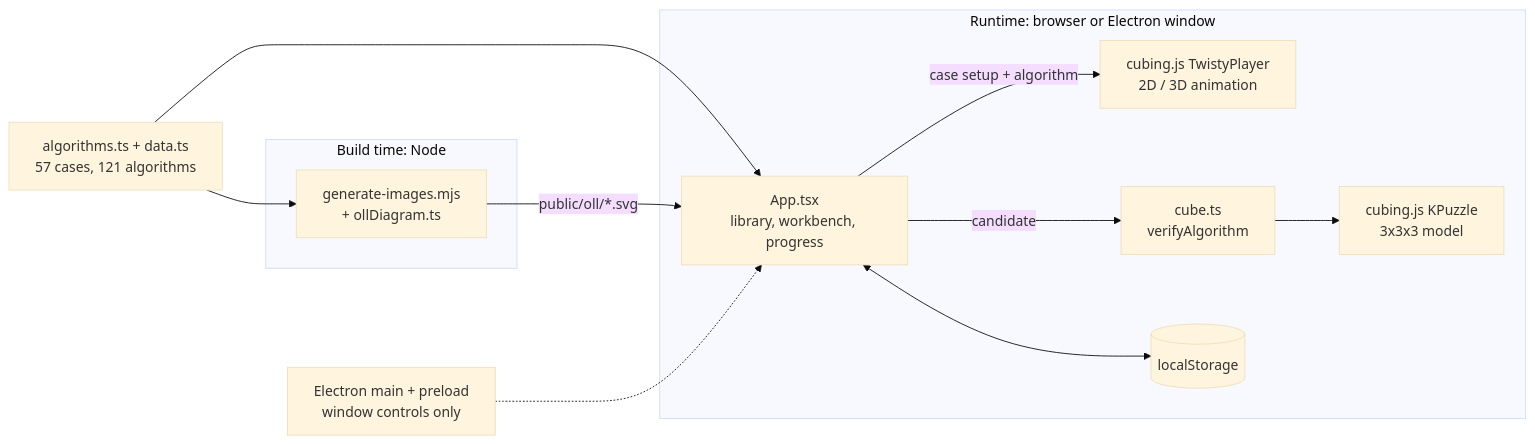
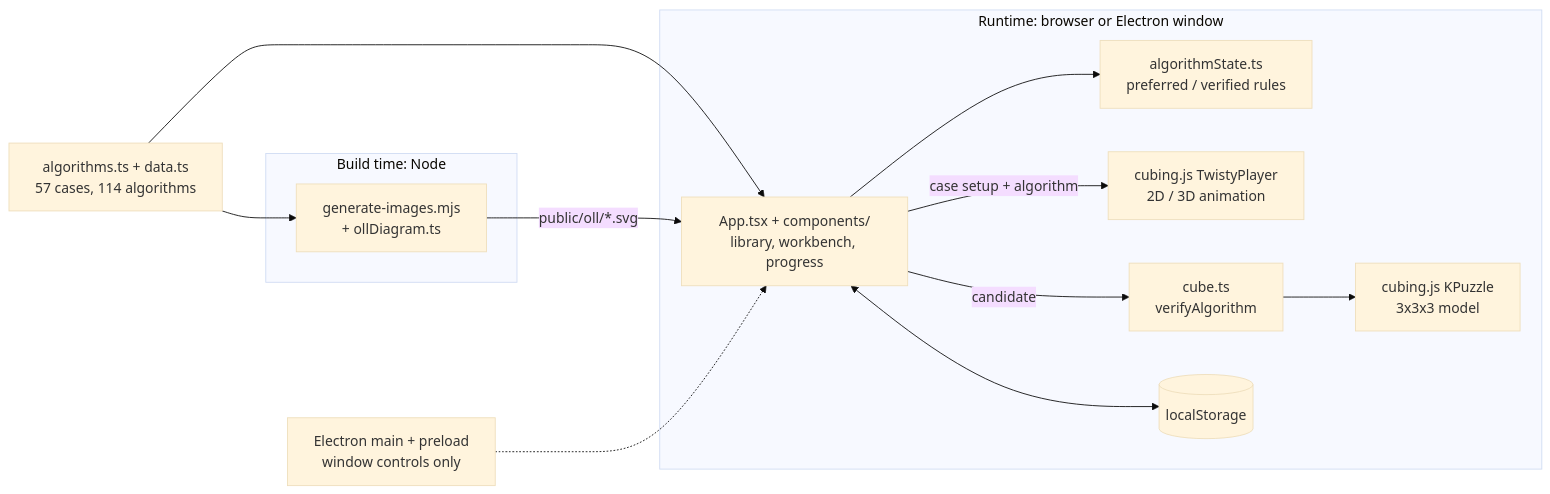
One commit to AlphaShk/twisty-lab changed the diagram in README.md. Above: the diagram before and after it, drawn with Mermaid (base theme). The commit also changed other lines of this file and 3 other files, not shown here.

````diff
--- a/README.md
+++ b/README.md
@@ -59,22 +59,24 @@
 ```mermaid
 flowchart LR
-  Data["algorithms.ts + data.ts<br/>57 cases, 121 algorithms"]
+  Data["algorithms.ts + data.ts<br/>57 cases, 114 algorithms"]
   subgraph runtime ["Runtime: browser or Electron window"]
-    UI["App.tsx<br/>library, workbench, progress"]
+    UI["App.tsx + components/<br/>library, workbench, progress"]
+    State["algorithmState.ts<br/>preferred / verified rules"]
     Player["cubing.js TwistyPlayer<br/>2D / 3D animation"]
     Verify["cube.ts<br/>verifyAlgorithm"]
     Model["cubing.js KPuzzle<br/>3x3x3 model"]
     Store[("localStorage")]
   end
   subgraph buildtime ["Build time: Node"]
     Gen["generate-images.mjs<br/>+ ollDiagram.ts"]
   end
   Shell["Electron main + preload<br/>window controls only"]
   Data --> UI
   Data --> Gen
   Gen -- "public/oll/*.svg" --> UI
+  UI --> State
   UI -- "case setup + algorithm" --> Player
   UI -- "candidate" --> Verify --> Model
   UI <--> Store
   Shell -.-> UI
 ```
````
